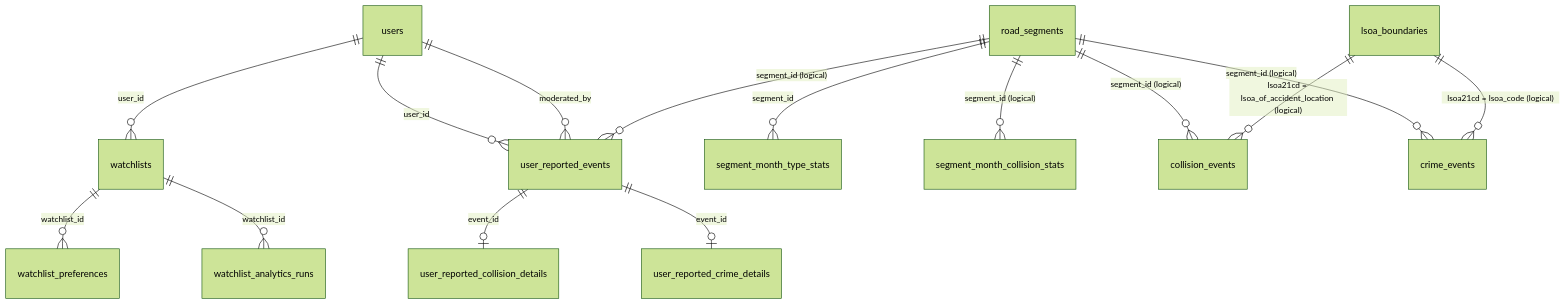
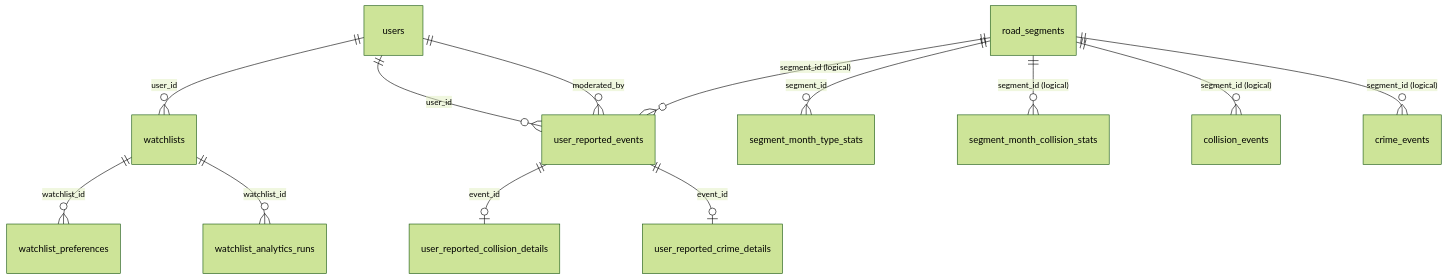
One commit to AdilAabideen/UrbanSafetyAnalyticsAPI changed the diagram in docs/public-data-description.md. Above: the diagram before and after it, drawn with Mermaid (forest theme). The commit also changed other lines of this file and 8 other files, not shown here.

````diff
--- a/docs/public-data-description.md
+++ b/docs/public-data-description.md
@@ -31,21 +30,18 @@
 ```mermaid
 erDiagram
     users ||--o{ watchlists : "user_id"
     users ||--o{ user_reported_events : "user_id"
     users ||--o{ user_reported_events : "moderated_by"
 
     watchlists ||--o{ watchlist_preferences : "watchlist_id"
     watchlists ||--o{ watchlist_analytics_runs : "watchlist_id"
 
     user_reported_events ||--o| user_reported_collision_details : "event_id"
     user_reported_events ||--o| user_reported_crime_details : "event_id"
 
     road_segments ||--o{ segment_month_type_stats : "segment_id"
     road_segments ||--o{ segment_month_collision_stats : "segment_id (logical)"
     road_segments ||--o{ collision_events : "segment_id (logical)"
     road_segments ||--o{ crime_events : "segment_id (logical)"
     road_segments ||--o{ user_reported_events : "segment_id (logical)"
-
-    lsoa_boundaries ||--o{ collision_events : "lsoa21cd = lsoa_of_accident_location (logical)"
-    lsoa_boundaries ||--o{ crime_events : "lsoa21cd = lsoa_code (logical)"
 ```
````
